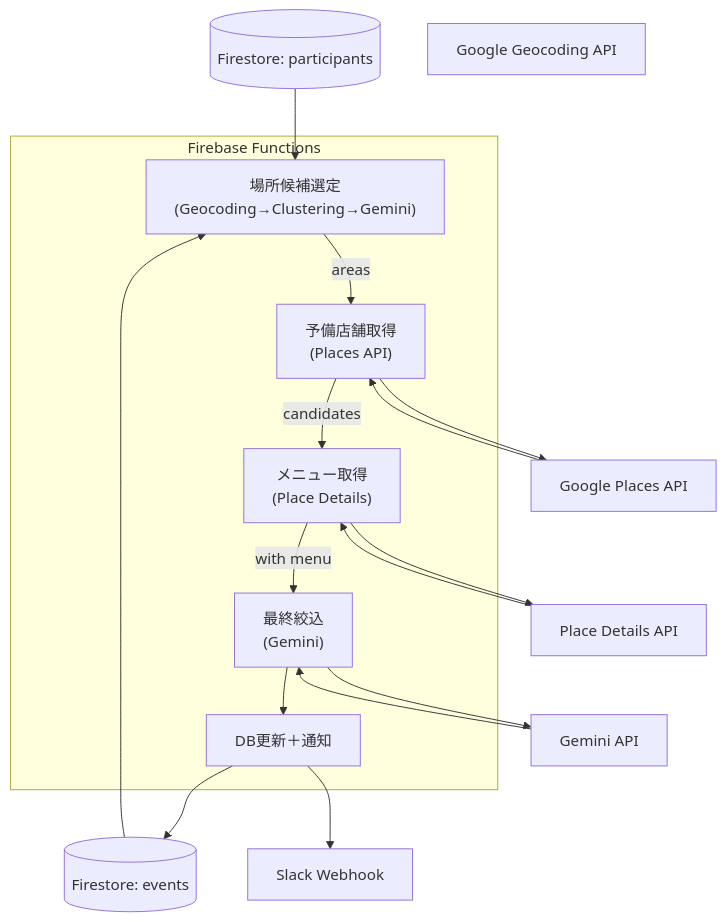
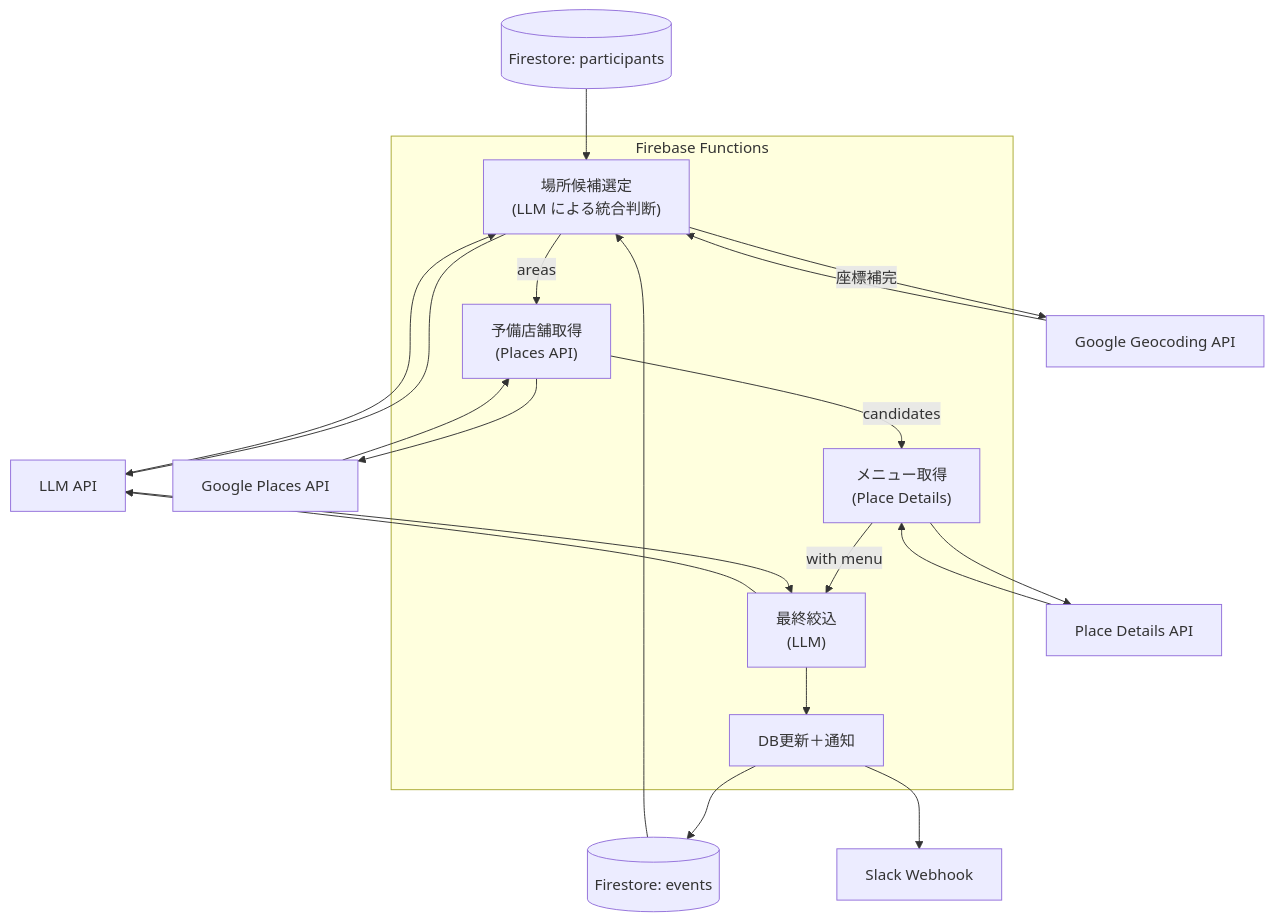
One commit to atahatah/cheers-planner changed the diagram in docs/step3.md. Above: the diagram before and after it, drawn with Mermaid. The commit also changed other lines of this file and 6 other files, not shown here.

````diff
--- a/docs/step3.md
+++ b/docs/step3.md
@@ -204,33 +238,37 @@
 ```mermaid
 flowchart TB
   subgraph BE[Firebase Functions]
-    CF1["場所候補選定\n(Geocoding→Clustering→Gemini)"]
+    CF1["場所候補選定\n(LLM による統合判断)"]
     CF2["予備店舗取得\n(Places API)"]
     CF3["メニュー取得\n(Place Details)"]
-    CF4["最終絞込\n(Gemini)"]
+    CF4["最終絞込\n(LLM)"]
     CF5["DB更新＋通知"]
   end
   ParticipantData[(Firestore: participants)]
   EventData[(Firestore: events)]
   GeoAPI[Google Geocoding API]
   Places[Google Places API]
   Details[Place Details API]
-  Gemini[Gemini API]
+  LLM[LLM API]
   Slack[Slack Webhook]
 
   EventData --> CF1
   ParticipantData --> CF1
+  CF1 --> LLM
+  LLM --> CF1
+  CF1 -->|座標補完| GeoAPI
+  GeoAPI --> CF1
   CF1 -->|areas| CF2
   CF2 --> Places
   Places --> CF2
   CF2 -->|candidates| CF3
   CF3 --> Details
   Details --> CF3
   CF3 -->|with menu| CF4
-  CF4 --> Gemini
-  Gemini --> CF4
+  CF4 --> LLM
+  LLM --> CF4
   CF4 --> CF5
   CF5 --> EventData
   CF5 --> Slack
 
 ```
````
